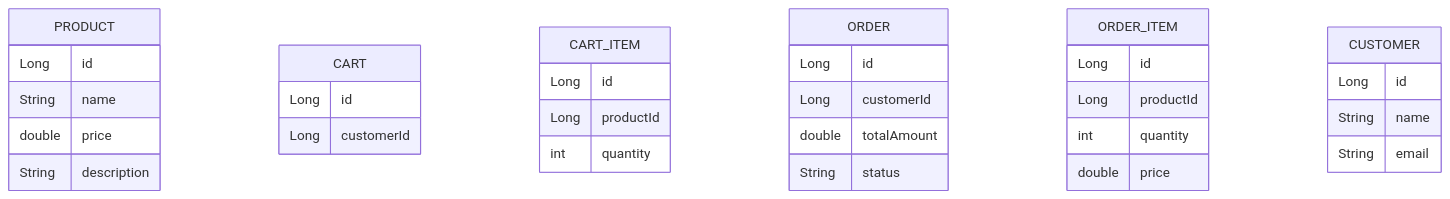
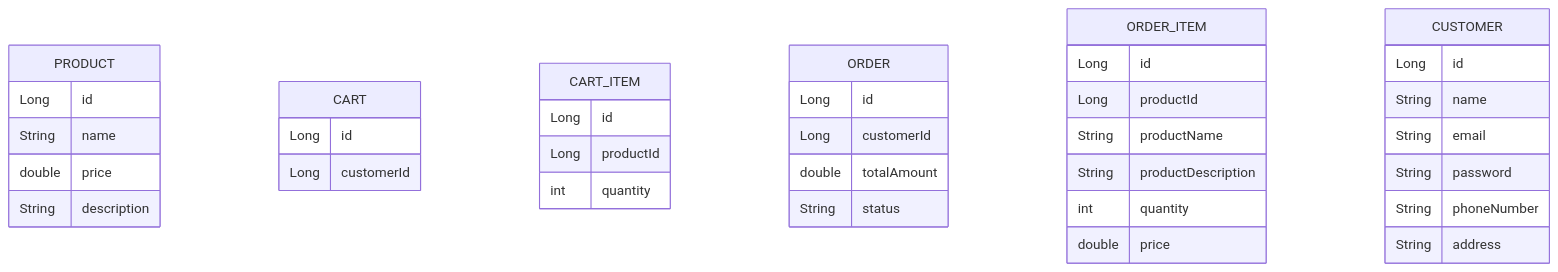
The diagram in README.md (RohitG-01/ecommerce-app), drawn with Mermaid before and after one commit.

````diff
--- a/README.md
+++ b/README.md
@@ -12,40 +12,45 @@
 ```mermaid
 erDiagram
     PRODUCT {
         Long id
         String name
         double price
         String description
     }
 
     CART {
         Long id
         Long customerId
     }
 
     CART_ITEM {
         Long id
         Long productId
         int quantity
     }
 
     ORDER {
         Long id
         Long customerId
         double totalAmount
         String status
     }
 
     ORDER_ITEM {
         Long id
         Long productId
+        String productName
+        String productDescription
         int quantity
         double price
     }
 
     CUSTOMER {
         Long id
         String name
         String email
+        String password 
+        String phoneNumber
+        String address
     }
 ```
````
